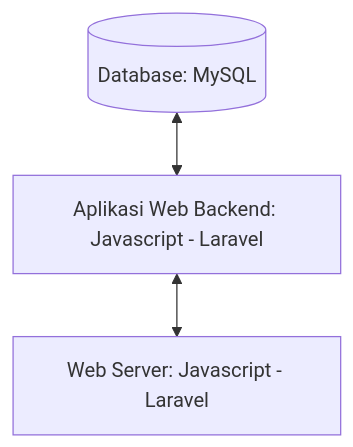
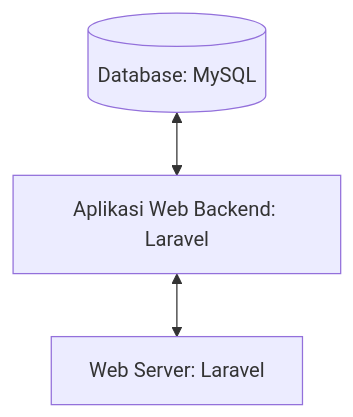
Before and after one commit to fauzanzianulhaq/pengenalan-informatika: the second of 2 diagrams in job_interview.md, drawn with Mermaid.

````diff
--- a/job_interview.md
+++ b/job_interview.md
@@ -61,4 +61,4 @@
 ```mermaid
 flowchart TD
-    id1[(Database: MySQL)] <--> id2[Aplikasi Web Backend: Javascript - Laravel] <--> id3[Web Server: Javascript - Laravel]  
+    id1[(Database: MySQL)] <--> id2[Aplikasi Web Backend: Laravel] <--> id3[Web Server: Laravel]  
 ```
````
